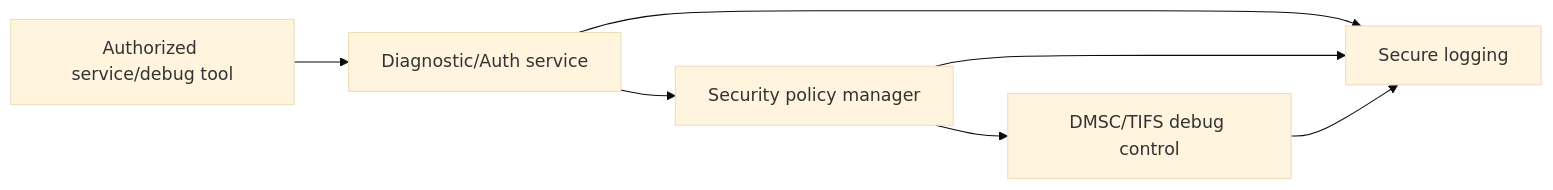
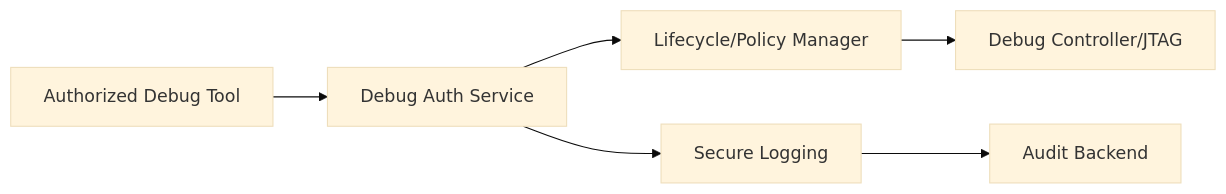
One commit to vinodneelakantam/Sec_Concepts_Req_tracability changed the first of 3 diagrams in TDA4VM_Secure_JTAG_Requirements.md. Above: the diagram before and after it, drawn with Mermaid (base theme). The commit also changed other lines of this file and 7 other files, not shown here.

````diff
--- a/TDA4VM_Secure_JTAG_Requirements.md
+++ b/TDA4VM_Secure_JTAG_Requirements.md
@@ -54,13 +18,8 @@
 ```mermaid
-flowchart LR
-  Tool["Authorized service/debug tool"]
-  DCM["Diagnostic/Auth service"]
-  Policy["Security policy manager"]
-  DMSC["DMSC/TIFS debug control"]
-  Log["Secure logging"]
-
-  Tool --> DCM --> Policy --> DMSC
-  DCM --> Log
-  Policy --> Log
-  DMSC --> Log
+graph LR
+  Tool[Authorized Debug Tool] --> Auth[Debug Auth Service]
+  Auth --> Policy[Lifecycle/Policy Manager]
+  Policy --> Dbg[Debug Controller/JTAG]
+  Auth --> Log[Secure Logging]
+  Log --> Backend[Audit Backend]
 ```
````
